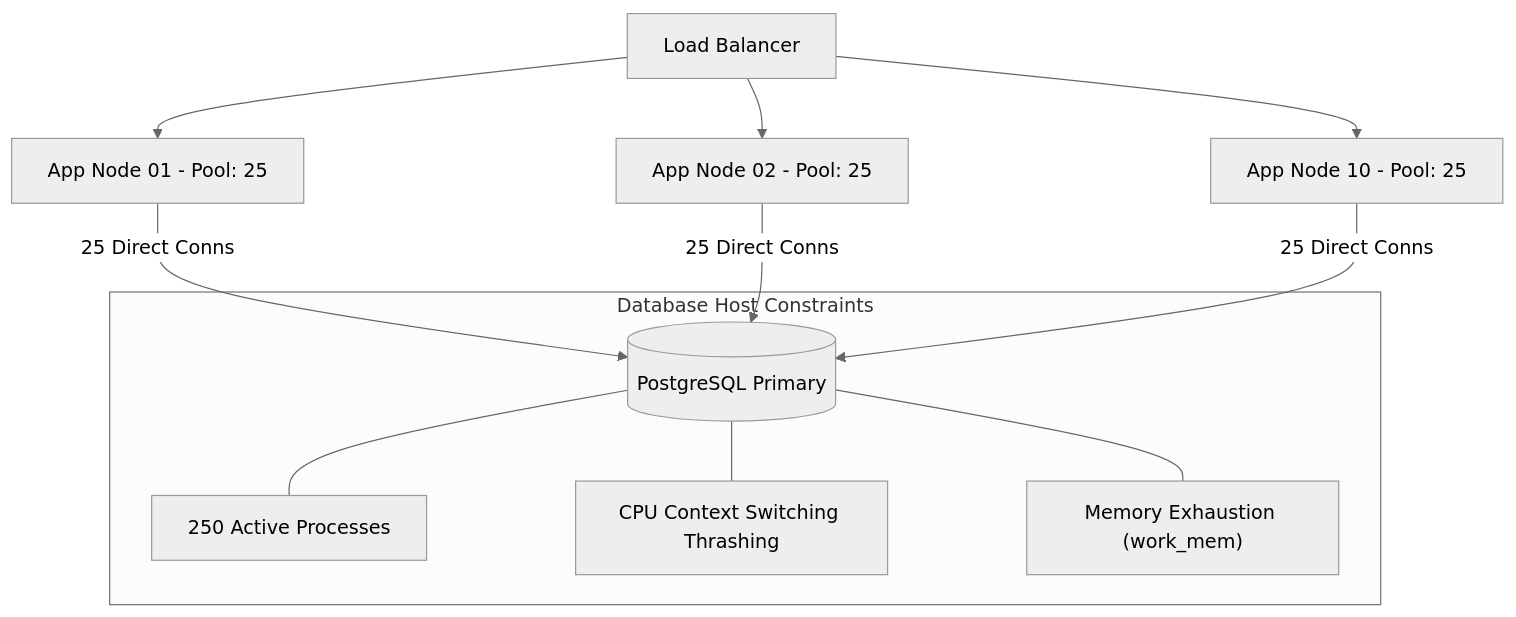
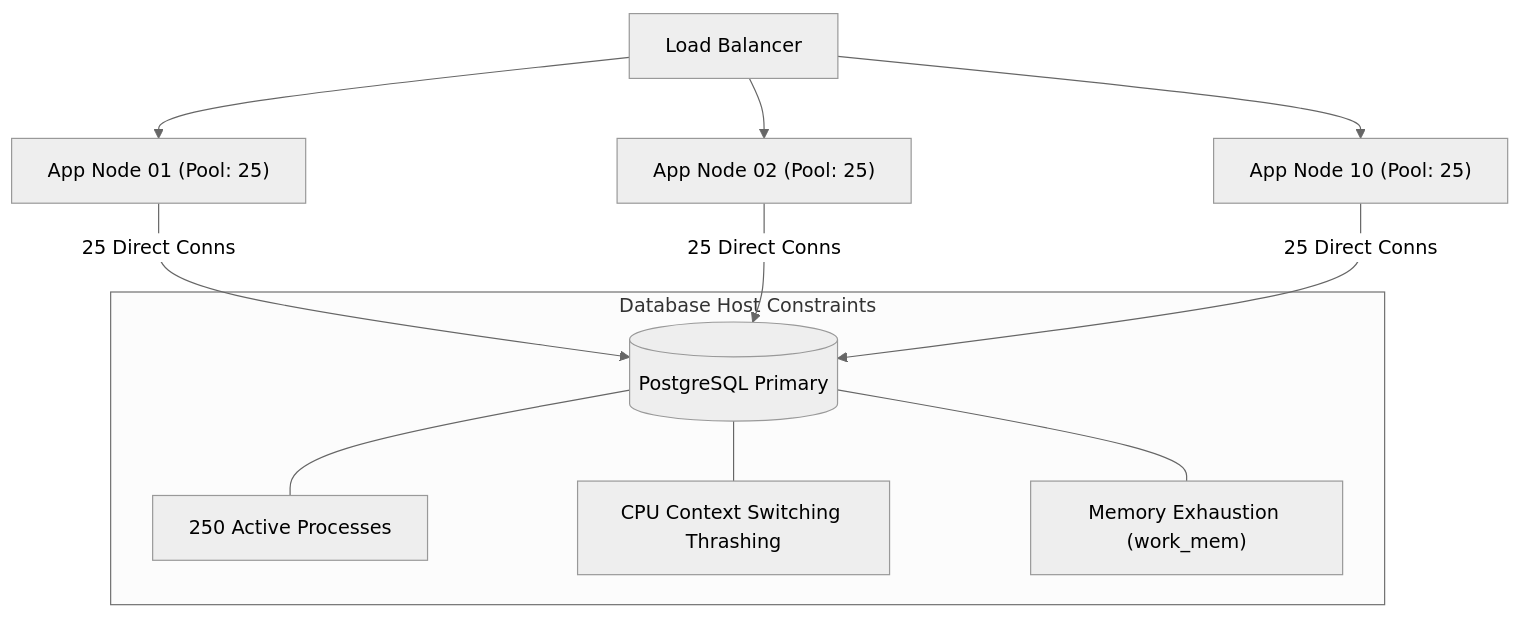
The second of 5 diagrams in days/phase-2-database-becomes-the-problem/day-06-app-scales-db-doesnt/README.md (userhimanshuverma/30_Days_of_Building_Systems_That_Scale), drawn with Mermaid (neutral theme) before and after one commit. The commit also changed other lines of this file and 1 other file, not shown here.

Commit message:
fix(docs): fix Mermaid subgraph ID syntax errors to ensure rendering on GitHub

````diff
--- a/days/phase-2-database-becomes-the-problem/day-06-app-scales-db-doesnt/README.md
+++ b/days/phase-2-database-becomes-the-problem/day-06-app-scales-db-doesnt/README.md
@@ -222,16 +222,16 @@
 ```mermaid
 graph TD
-    LB[Load Balancer] --> App1[App Node 01 - Pool: 25]
-    LB --> App2[App Node 02 - Pool: 25]
-    LB --> App3[App Node 10 - Pool: 25]
+    LB[Load Balancer] --> App1["App Node 01 (Pool: 25)"]
+    LB --> App2["App Node 02 (Pool: 25)"]
+    LB --> App3["App Node 10 (Pool: 25)"]
 
     App1 -->|25 Direct Conns| DB[(PostgreSQL Primary)]
     App2 -->|25 Direct Conns| DB
     App3 -->|25 Direct Conns| DB
 
-    subgraph DB Bottleneck [Database Host Constraints]
+    subgraph DB_Bottleneck ["Database Host Constraints"]
         DB --- C1["250 Active Processes"]
         DB --- C2["CPU Context Switching Thrashing"]
         DB --- C3["Memory Exhaustion (work_mem)"]
     end
 ```
````
